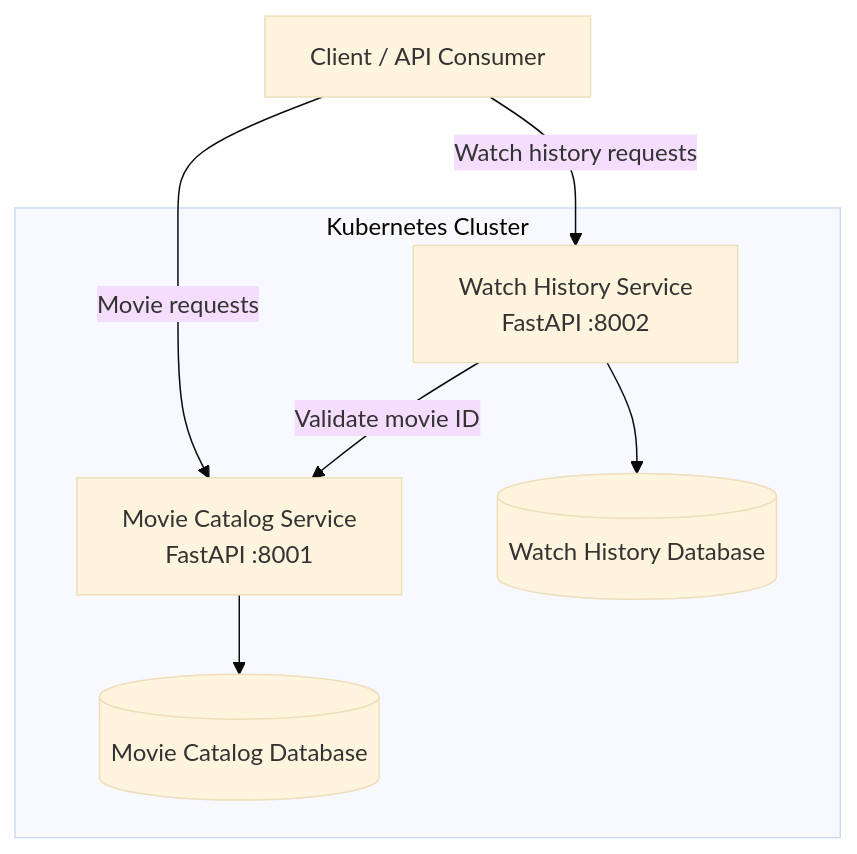
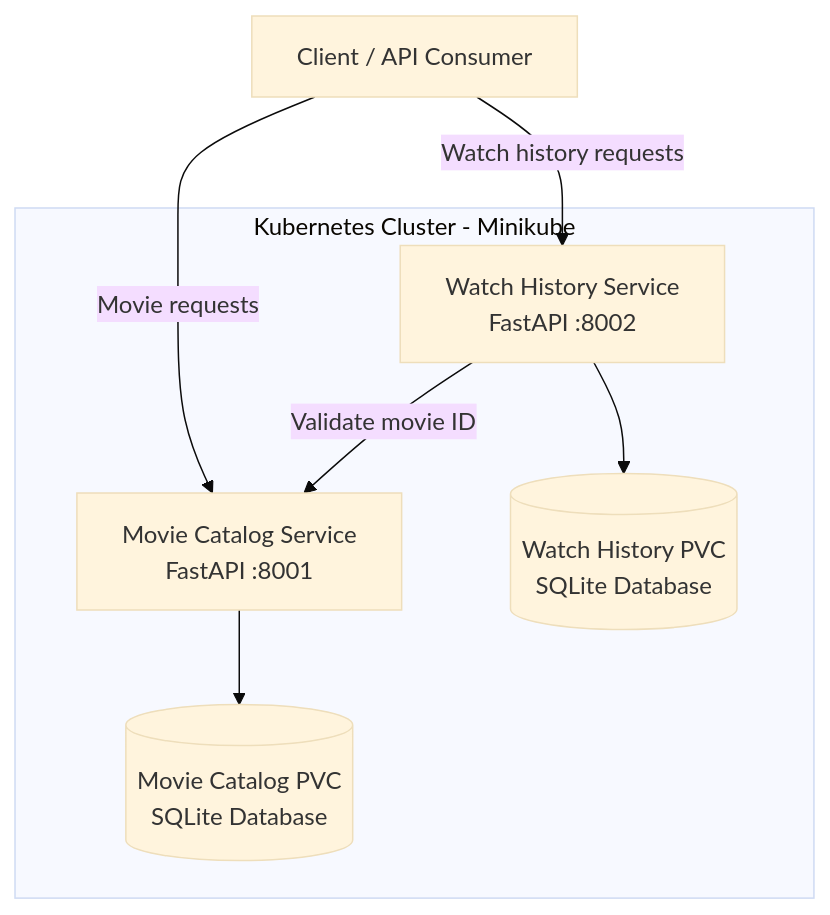
Before and after one commit to SatyaBITS264/MovieStreamingSystem: the diagram in README.md, drawn with Mermaid (base theme). The commit also changed other lines of this file, not shown here.

````diff
--- a/README.md
+++ b/README.md
@@ -34,19 +29,19 @@
 ```mermaid
 flowchart TD
     Client["Client / API Consumer"]
 
-    subgraph Kubernetes["Kubernetes Cluster"]
+    subgraph Kubernetes["Kubernetes Cluster - Minikube"]
         Catalog["Movie Catalog Service<br/>FastAPI :8001"]
         History["Watch History Service<br/>FastAPI :8002"]
 
-        CatalogDB[("Movie Catalog Database")]
-        HistoryDB[("Watch History Database")]
+        CatalogDB[("Movie Catalog PVC<br/>SQLite Database")]
+        HistoryDB[("Watch History PVC<br/>SQLite Database")]
 
         Catalog --> CatalogDB
         History --> HistoryDB
         History -->|Validate movie ID| Catalog
     end
 
     Client -->|Movie requests| Catalog
     Client -->|Watch history requests| History
 ```
````
